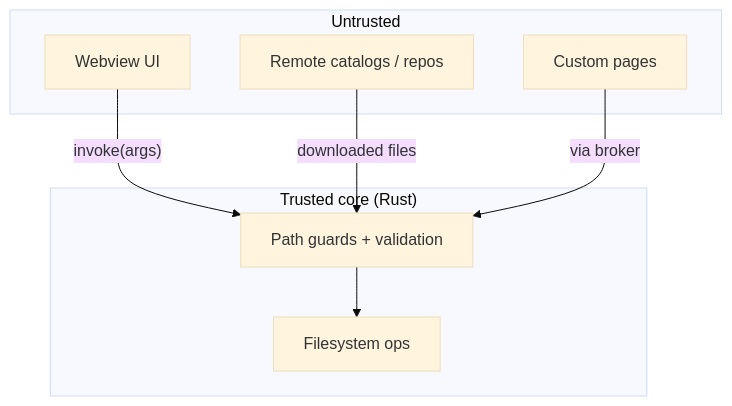
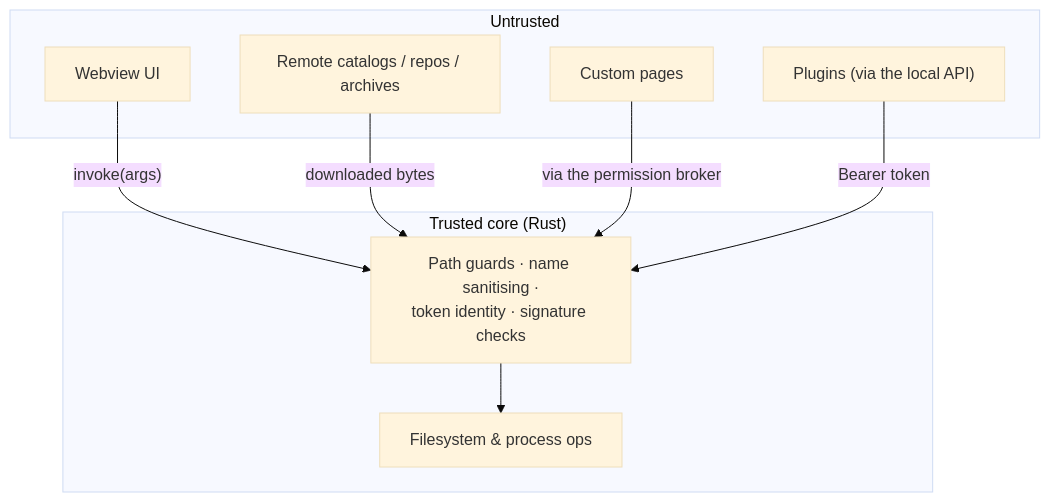
Before and after one commit to FreeProject089/BMM-Docs: the first of 3 diagrams in docs/how-it-works/security.md, drawn with Mermaid (base theme). The commit also changed other lines of this file and 7 other files, not shown here.

````diff
--- a/docs/how-it-works/security.md
+++ b/docs/how-it-works/security.md
@@ -9,16 +13,18 @@
 ```mermaid
 flowchart TB
     subgraph Untrusted
         WV["Webview UI"]
-        NET["Remote catalogs / repos"]
+        NET["Remote catalogs / repos / archives"]
         PAGE["Custom pages"]
+        PLUG["Plugins (via the local API)"]
     end
     subgraph Trusted["Trusted core (Rust)"]
-        GUARD["Path guards + validation"]
-        CORE["Filesystem ops"]
+        GUARD["Path guards · name sanitising ·<br/>token identity · signature checks"]
+        CORE["Filesystem &amp; process ops"]
     end
     WV -- "invoke(args)" --> GUARD
-    NET -- "downloaded files" --> GUARD
-    PAGE -- "via broker" --> GUARD
+    NET -- "downloaded bytes" --> GUARD
+    PAGE -- "via the permission broker" --> GUARD
+    PLUG -- "Bearer token" --> GUARD
     GUARD --> CORE
 ```
````
